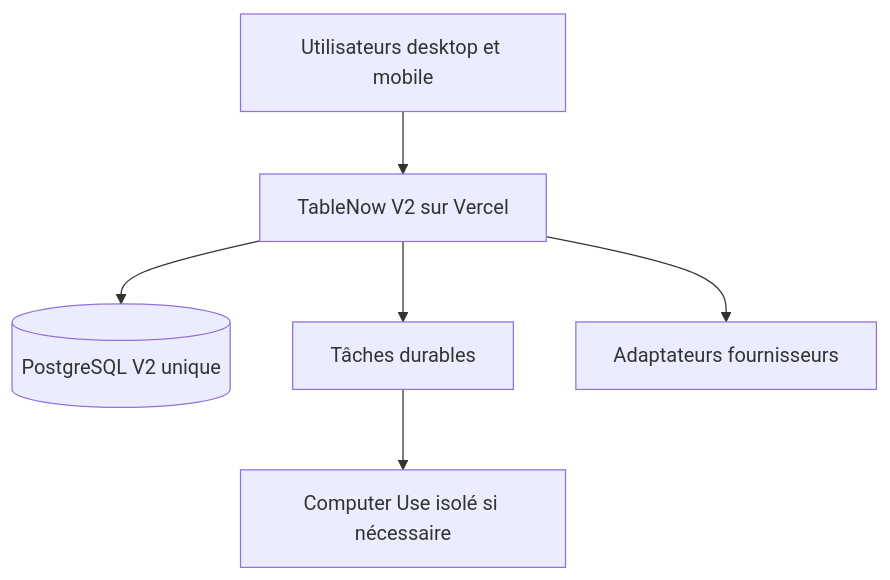
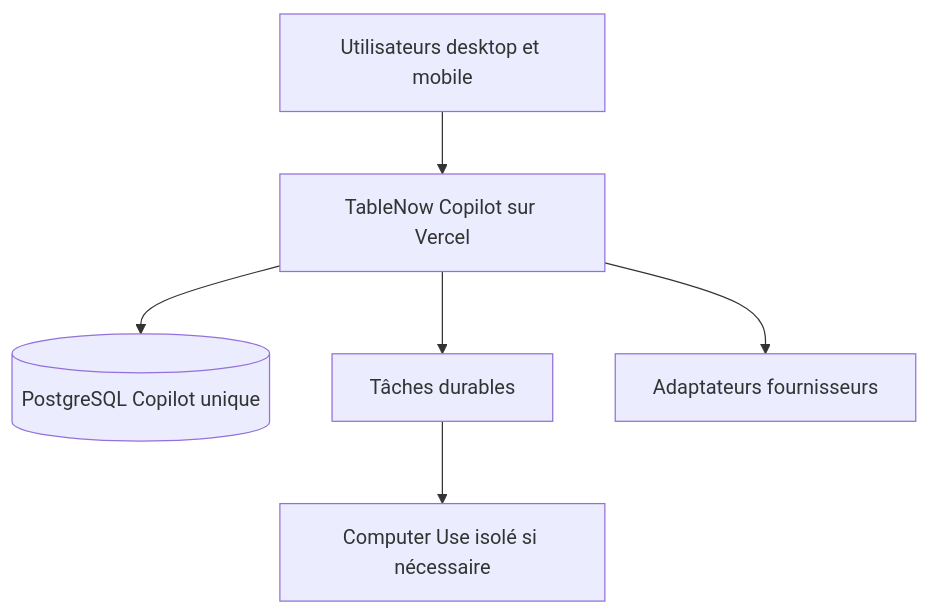
The diagram in context/02-architecture/system-map.md (tablenow101/tablenow-copilot), drawn with Mermaid before and after one commit. The commit also changed other lines of this file and 34 other files, not shown here.

````diff
--- a/context/02-architecture/system-map.md
+++ b/context/02-architecture/system-map.md
@@ -5,8 +5,8 @@
 ```mermaid
 flowchart TD
-    U["Utilisateurs desktop et mobile"] --> V["TableNow V2 sur Vercel"]
-    V --> D[("PostgreSQL V2 unique")]
+    U["Utilisateurs desktop et mobile"] --> V["TableNow Copilot sur Vercel"]
+    V --> D[("PostgreSQL Copilot unique")]
     V --> J["Tâches durables"]
     V --> P["Adaptateurs fournisseurs"]
     J --> C["Computer Use isolé si nécessaire"]
 ```
````
